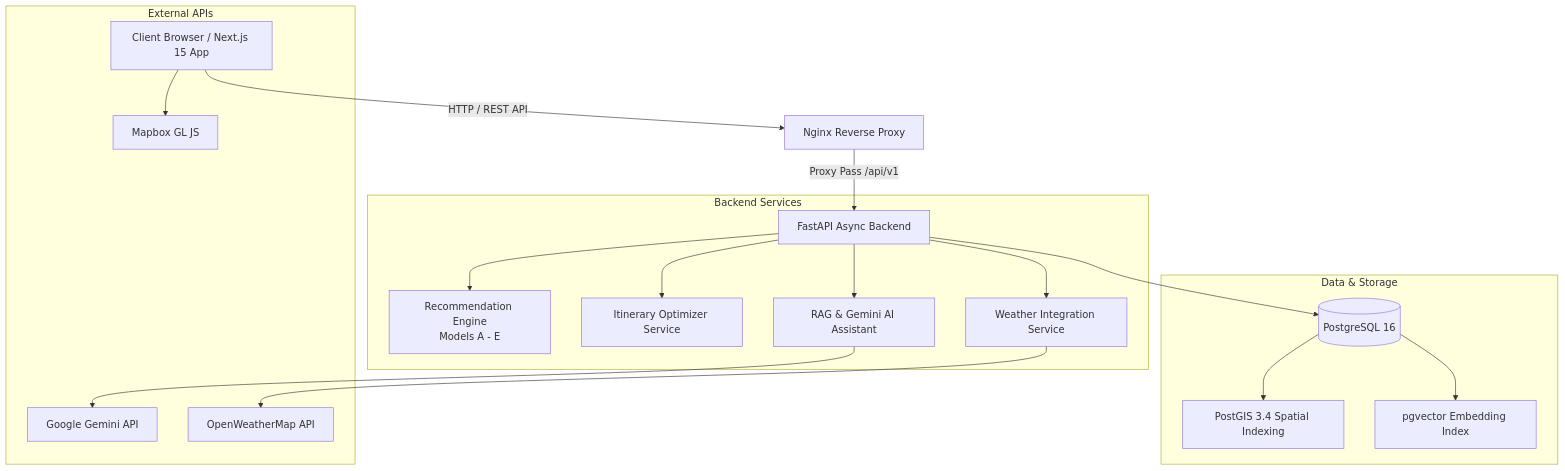
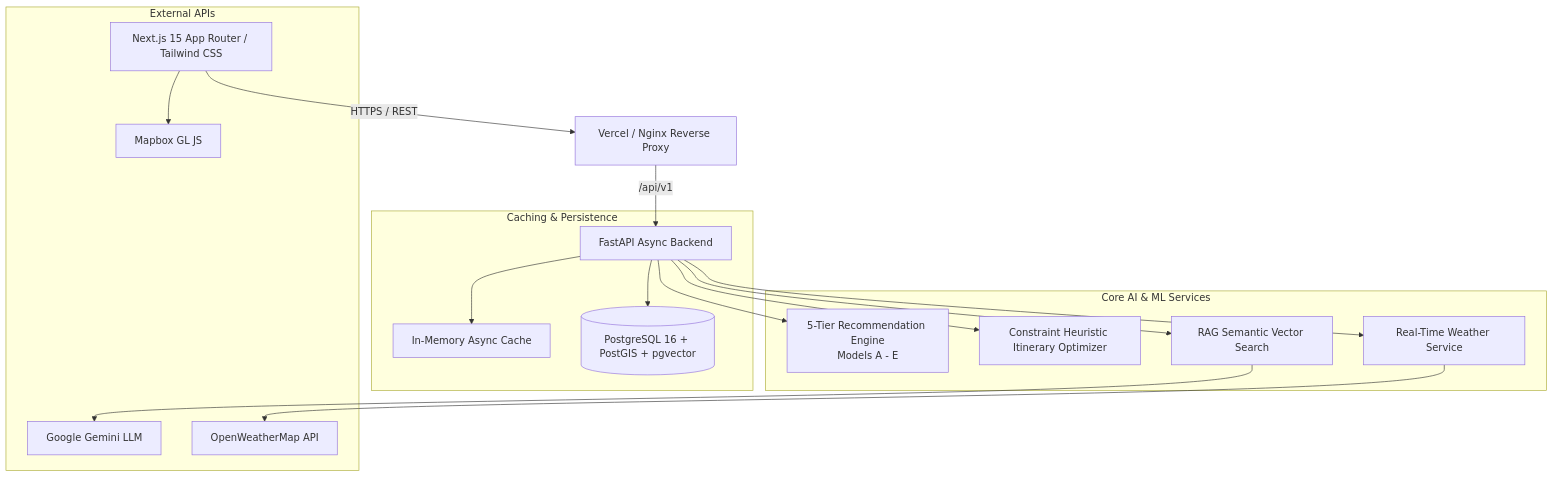
The diagram in README.md (Saadwarraich7223/Wander-Ai), drawn with Mermaid before and after one commit. The commit also changed other lines of this file and 5 other files, not shown here.

Commit message:
docs: add master context, architecture, design system, agent guidelines, and updated README

````diff
--- a/README.md
+++ b/README.md
@@ -22,24 +28,23 @@
 ```mermaid
 graph TD
-    Client[Client Browser / Next.js 15 App] -->|HTTP / REST API| Nginx[Nginx Reverse Proxy]
-    Nginx -->|Proxy Pass /api/v1| FastAPI[FastAPI Async Backend]
+    Client[Next.js 15 App Router / Tailwind CSS] -->|HTTPS / REST| CDN[Vercel / Nginx Reverse Proxy]
+    CDN -->|/api/v1| FastAPI[FastAPI Async Backend]
     
-    subgraph Backend Services
-        FastAPI --> RecEngine[Recommendation Engine<br>Models A - E]
-        FastAPI --> Planner[Itinerary Optimizer Service]
-        FastAPI --> RAG[RAG & Gemini AI Assistant]
-        FastAPI --> Weather[Weather Integration Service]
+    subgraph Caching & Persistence
+        FastAPI --> Cache[In-Memory Async Cache]
+        FastAPI --> Neon[(PostgreSQL 16 + PostGIS + pgvector)]
     end
     
-    subgraph Data & Storage
-        FastAPI --> Postgres[(PostgreSQL 16)]
-        Postgres --> PostGIS[PostGIS 3.4 Spatial Indexing]
-        Postgres --> PgVector[pgvector Embedding Index]
+    subgraph Core AI & ML Services
+        FastAPI --> RecEngine[5-Tier Recommendation Engine<br>Models A - E]
+        FastAPI --> Planner[Constraint Heuristic Itinerary Optimizer]
+        FastAPI --> RAG[RAG Semantic Vector Search]
+        FastAPI --> Weather[Real-Time Weather Service]
     end
     
     subgraph External APIs
-        RAG --> Gemini[Google Gemini API]
+        RAG --> Gemini[Google Gemini LLM]
         Weather --> OpenWeather[OpenWeatherMap API]
         Client --> Mapbox[Mapbox GL JS]
     end
 ```
````
